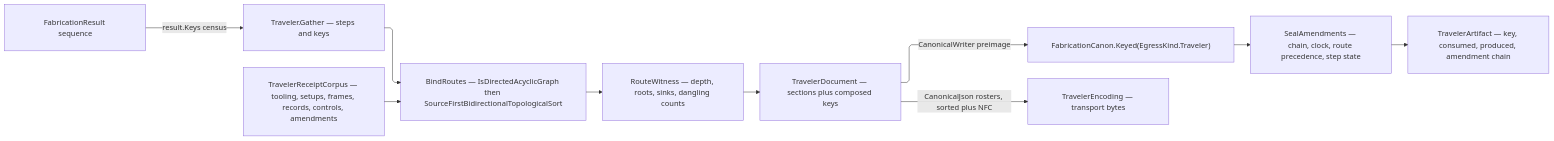
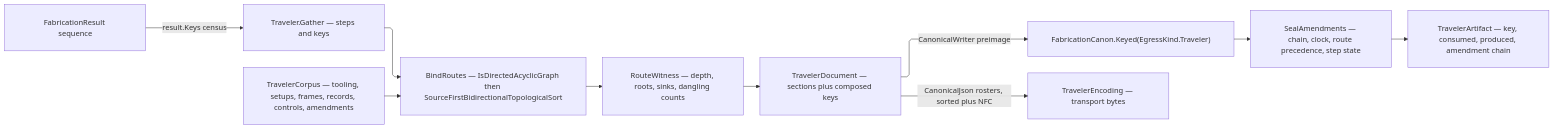
Before and after one commit to bsamiee/Rasm: the diagram in libs/dotnet/Rasm.Fabrication/.planning/Documentation/traveler.md, drawn with Mermaid. The commit also changed other lines of this file and 1417 other files, not shown here.

````diff
--- a/libs/dotnet/Rasm.Fabrication/.planning/Documentation/traveler.md
+++ b/libs/dotnet/Rasm.Fabrication/.planning/Documentation/traveler.md
@@ -1042,21 +1040,21 @@
 ```mermaid
 ---
 config:
   layout: elk
   flowchart:
     curve: linear
     padding: 25
 ---
 flowchart LR
     accTitle: Traveler assembly
     accDescr: Fabrication results harvest their own key census and route steps, the route gates as a DAG and publishes its witness, the document keys over a canonical binary preimage, renders through the transport codec, and seals its amendment chain under route precedence.
     Results["FabricationResult sequence"] -->|"result.Keys census"| Gather["Traveler.Gather — steps and keys"]
-    Corpus["TravelerReceiptCorpus — tooling, setups, frames, records, controls, amendments"] --> Bind
+    Corpus["TravelerCorpus — tooling, setups, frames, records, controls, amendments"] --> Bind
     Gather --> Bind["BindRoutes — IsDirectedAcyclicGraph then SourceFirstBidirectionalTopologicalSort"]
     Bind --> Witness["RouteWitness — depth, roots, sinks, dangling counts"]
     Witness --> Document["TravelerDocument — sections plus composed keys"]
     Document -->|"CanonicalWriter preimage"| Key["FabricationCanon.Keyed(EgressKind.Traveler)"]
     Document -->|"CanonicalJson rosters, sorted plus NFC"| Rendering["TravelerEncoding — transport bytes"]
     Key --> Seal["SealAmendments — chain, clock, route precedence, step state"]
     Seal --> Artifact["TravelerArtifact — key, consumed, produced, amendment chain"]
 ```
````
